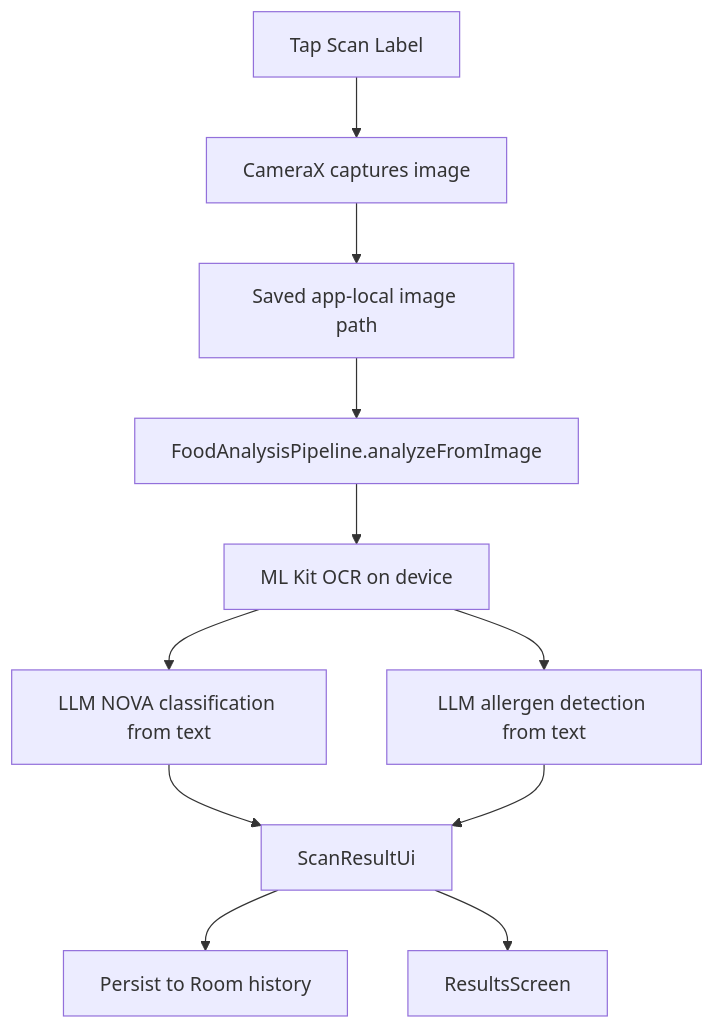
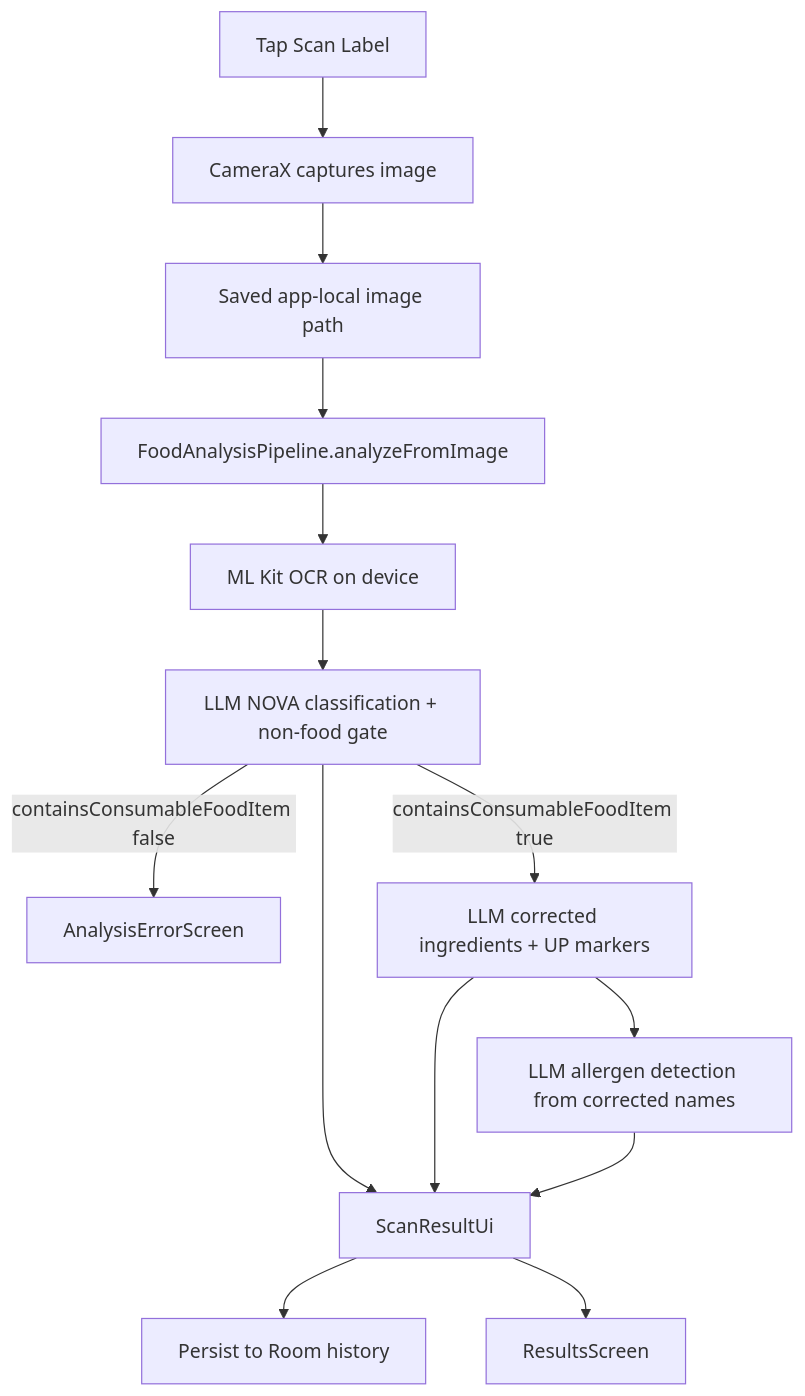
One commit to benevolentbandwidth/ultraprocessed changed the fifth of 8 diagrams in documentation/00-android-app-guide.md. Above: the diagram before and after it, drawn with Mermaid. The commit also changed other lines of this file and 19 other files, not shown here.

````diff
--- a/documentation/00-android-app-guide.md
+++ b/documentation/00-android-app-guide.md
@@ -159,13 +163,16 @@
 ```mermaid
 flowchart TD
     Tap[Tap Scan Label] --> Capture[CameraX captures image]
     Capture --> File[Saved app-local image path]
     File --> Analyze[FoodAnalysisPipeline.analyzeFromImage]
     Analyze --> OCR[ML Kit OCR on device]
-    OCR --> Classify[LLM NOVA classification from text]
-    OCR --> Allergens[LLM allergen detection from text]
-    Classify --> Result[ScanResultUi]
+    OCR --> Nova[LLM NOVA classification + non-food gate]
+    Nova -->|containsConsumableFoodItem false| Error[AnalysisErrorScreen]
+    Nova -->|containsConsumableFoodItem true| Ingredients[LLM corrected ingredients + UP markers]
+    Ingredients --> Allergens[LLM allergen detection from corrected names]
+    Nova --> Result[ScanResultUi]
+    Ingredients --> Result
     Allergens --> Result
     Result --> Room[Persist to Room history]
     Result --> UI[ResultsScreen]
 ```
````
